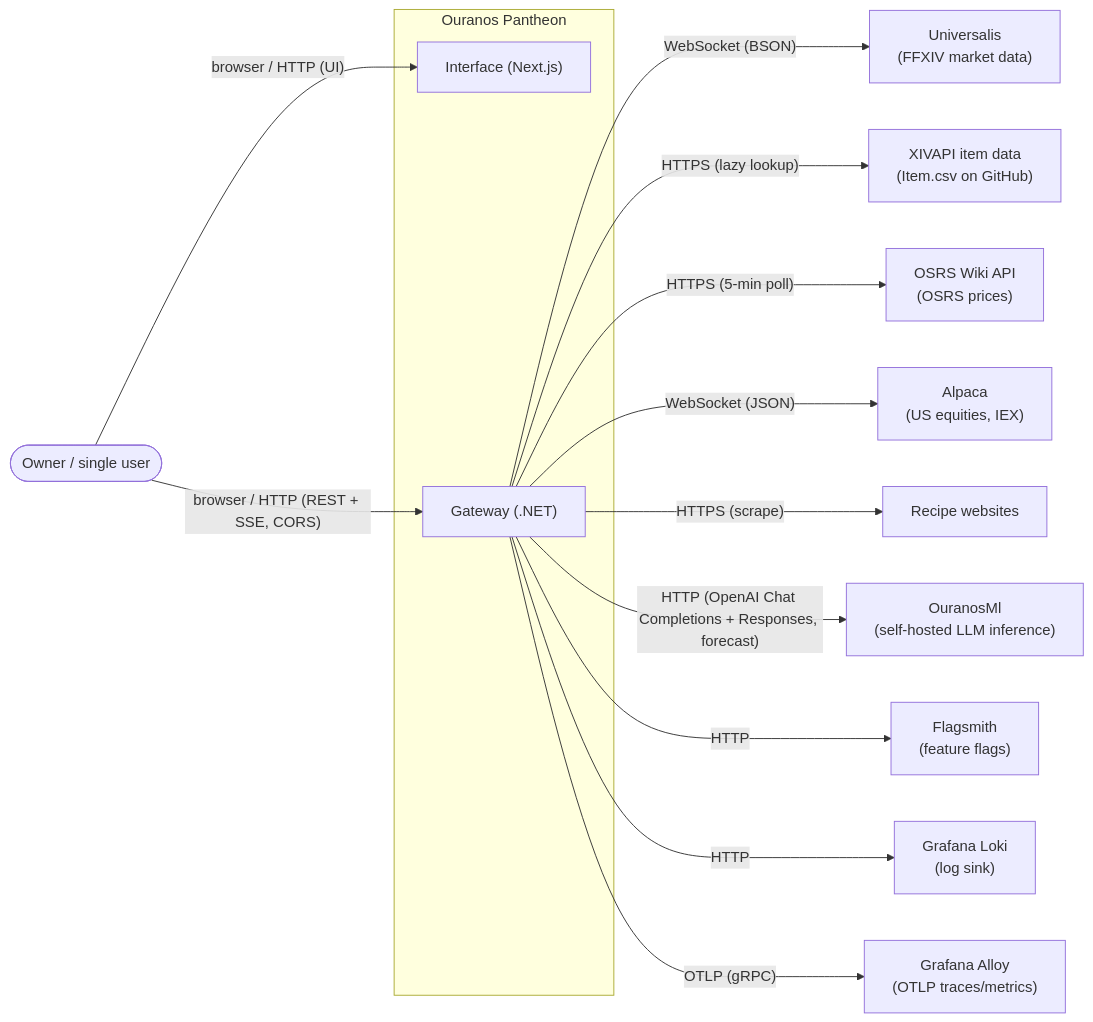
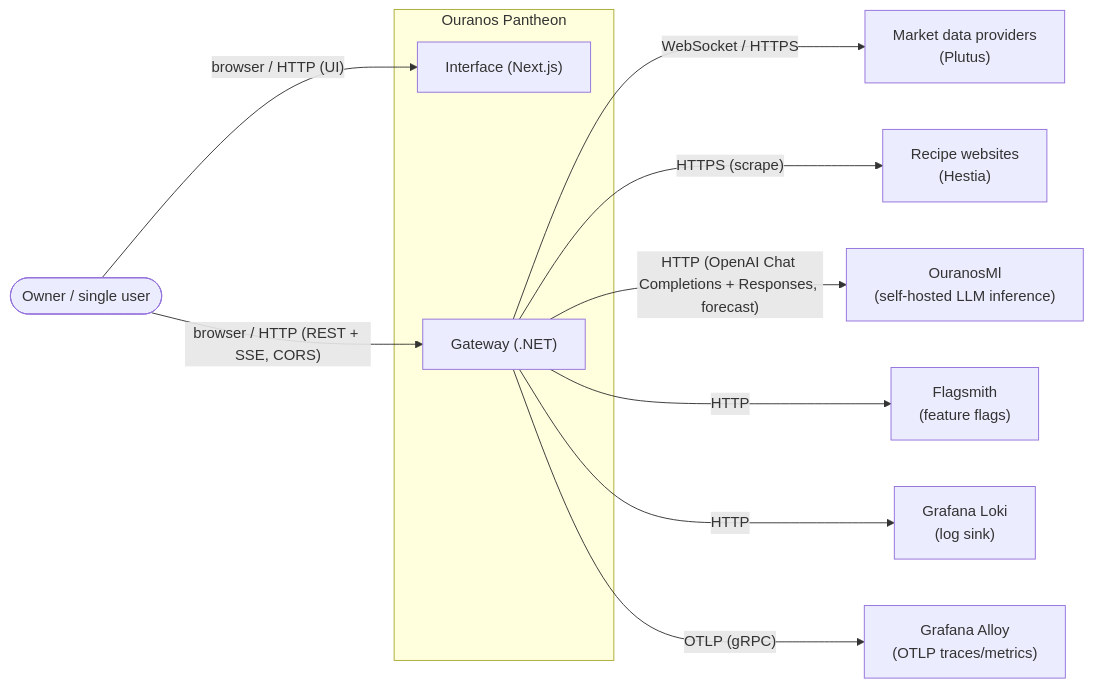
The diagram in docs/architecture/03-context-and-scope.md (davwales/ouranos-pantheon), drawn with Mermaid before and after one commit. The commit also changed other lines of this file and 43 other files, not shown here.

````diff
--- a/docs/architecture/03-context-and-scope.md
+++ b/docs/architecture/03-context-and-scope.md
@@ -10,32 +10,26 @@
 ```mermaid
 graph LR
     owner([Owner / single user])
 
     subgraph pantheon["Ouranos Pantheon"]
         interface["Interface (Next.js)"]
         gateway["Gateway (.NET)"]
     end
 
-    universalis["Universalis<br/>(FFXIV market data)"]
-    xivapi["XIVAPI item data<br/>(Item.csv on GitHub)"]
-    osrs["OSRS Wiki API<br/>(OSRS prices)"]
-    alpaca["Alpaca<br/>(US equities, IEX)"]
-    recipeSites["Recipe websites"]
+    marketData["Market data providers<br/>(Plutus)"]
+    recipeSites["Recipe websites<br/>(Hestia)"]
     ouranosMl["OuranosMl<br/>(self-hosted LLM inference)"]
     flagsmith["Flagsmith<br/>(feature flags)"]
     loki["Grafana Loki<br/>(log sink)"]
     alloy["Grafana Alloy<br/>(OTLP traces/metrics)"]
 
     owner -- "browser / HTTP (UI)" --> interface
     owner -- "browser / HTTP (REST + SSE, CORS)" --> gateway
 
-    gateway -- "WebSocket (BSON)" --> universalis
-    gateway -- "HTTPS (lazy lookup)" --> xivapi
-    gateway -- "HTTPS (5-min poll)" --> osrs
-    gateway -- "WebSocket (JSON)" --> alpaca
+    gateway -- "WebSocket / HTTPS" --> marketData
     gateway -- "HTTPS (scrape)" --> recipeSites
     gateway -- "HTTP (OpenAI Chat Completions + Responses, forecast)" --> ouranosMl
     gateway -- HTTP --> flagsmith
     gateway -- HTTP --> loki
     gateway -- "OTLP (gRPC)" --> alloy
 ```
````
